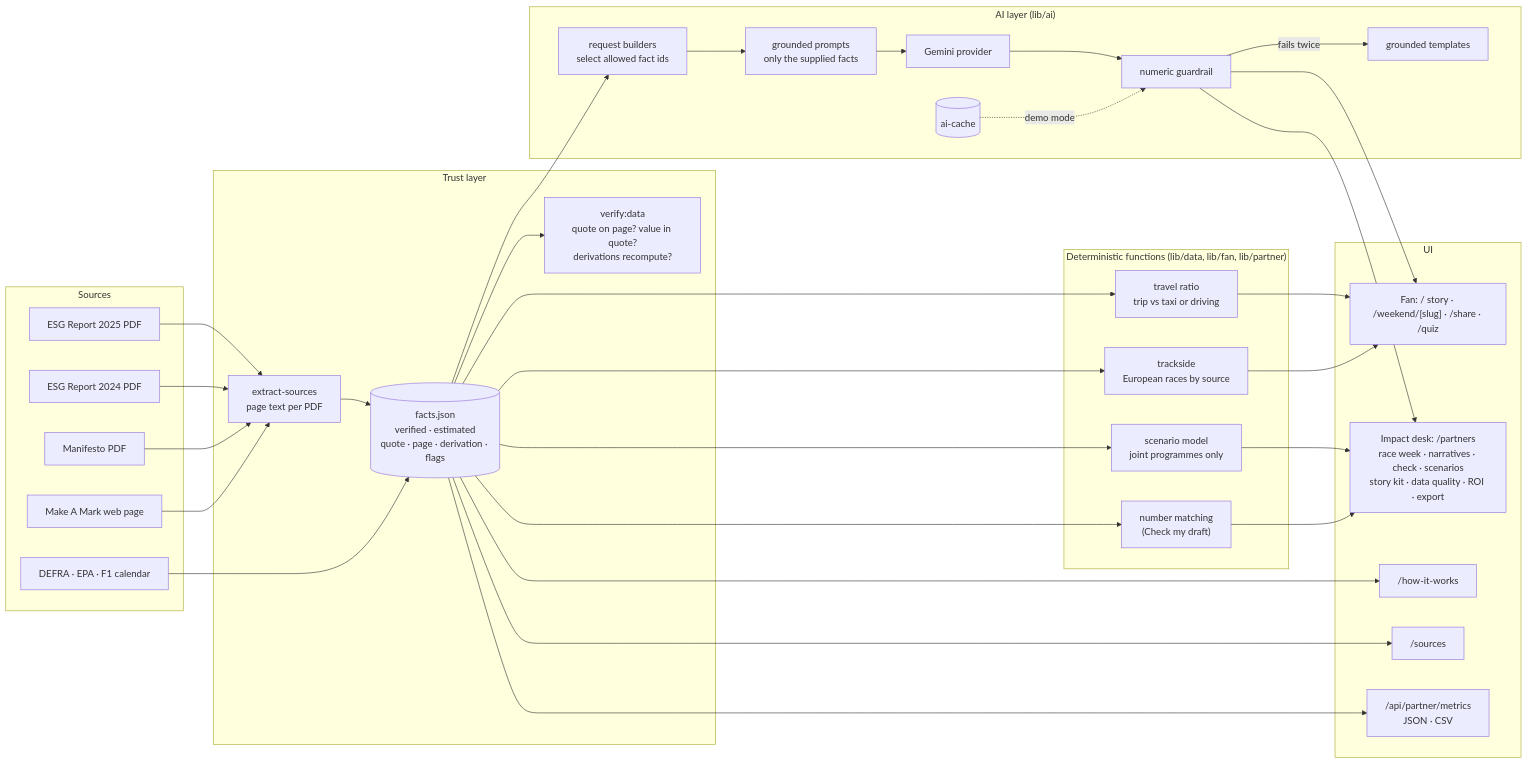
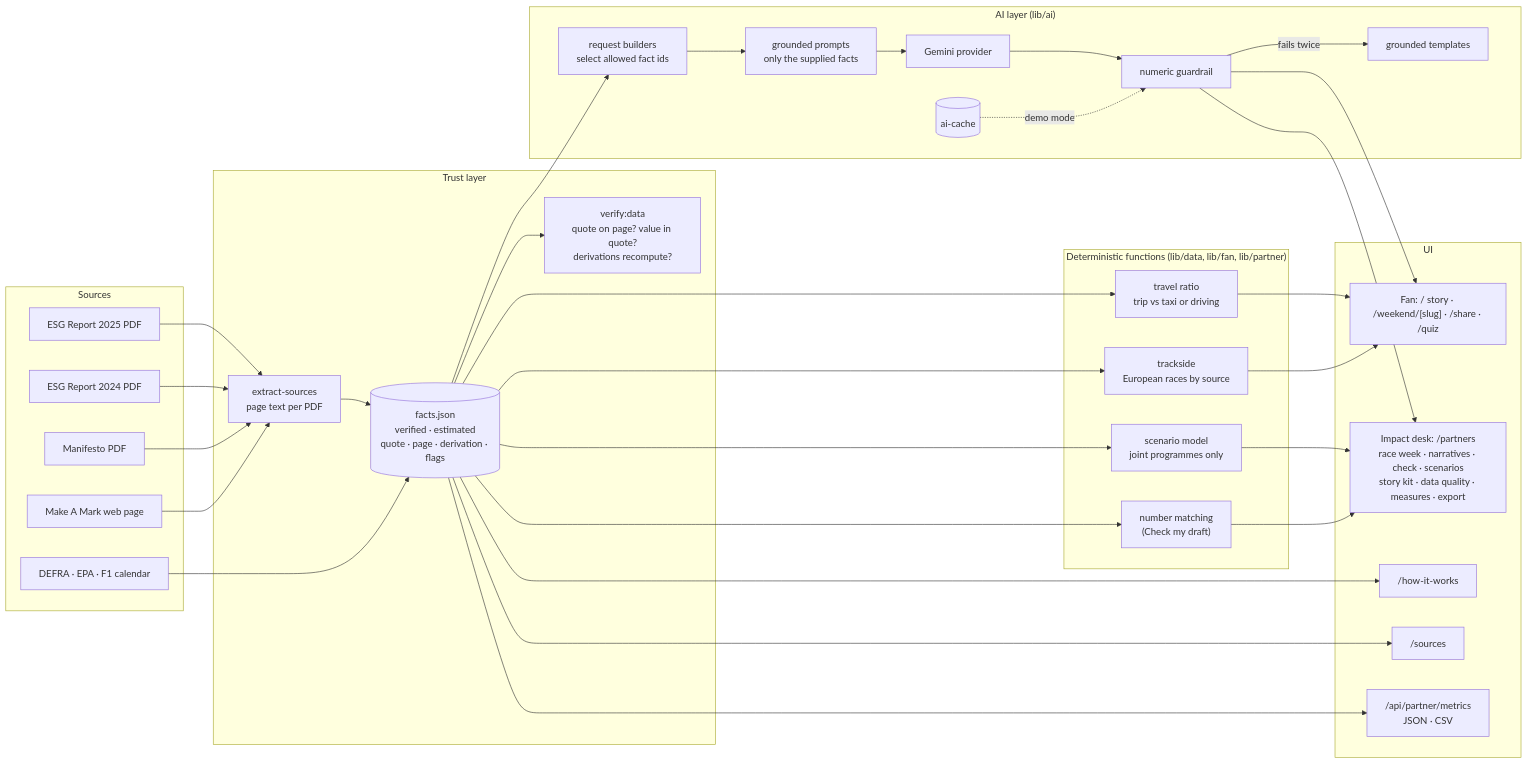
One commit to maahir-garg/cognizant-amf1 changed the first of 2 diagrams in docs/architecture.md. Above: the diagram before and after it, drawn with Mermaid. The commit also changed other lines of this file and 5 other files, not shown here.

First line of the commit message:
docs: replace the ROI doc with impact measures and the pilot

````diff
--- a/docs/architecture.md
+++ b/docs/architecture.md
@@ -17,51 +17,51 @@
 ```mermaid
 flowchart LR
   subgraph Sources
     R25[ESG Report 2025 PDF]
     R24[ESG Report 2024 PDF]
     MAN[Manifesto PDF]
     WEB[Make A Mark web page]
     EXT[DEFRA · EPA · F1 calendar]
   end
 
   subgraph Trust["Trust layer"]
     EXTRACT[extract-sources<br/>page text per PDF]
     FACTS[("facts.json<br/>verified · estimated<br/>quote · page · derivation · flags")]
     VERIFY["verify:data<br/>quote on page? value in quote?<br/>derivations recompute?"]
   end
 
   subgraph Engines["Deterministic functions (lib/data, lib/fan, lib/partner)"]
     EQ[travel ratio<br/>trip vs taxi or driving]
     TRK[trackside<br/>European races by source]
     SCN[scenario model<br/>joint programmes only]
     MATCH["number matching<br/>(Check my draft)"]
   end
 
   subgraph AI["AI layer (lib/ai)"]
     SEL[request builders<br/>select allowed fact ids]
     PROMPT[grounded prompts<br/>only the supplied facts]
     MODEL[Gemini provider]
     GUARD[numeric guardrail]
     TPL[grounded templates]
     CACHE[(ai-cache)]
   end
 
   subgraph UI
     FAN["Fan: / story · /weekend/[slug] · /share · /quiz"]
-    DESK["Impact desk: /partners<br/>race week · narratives · check · scenarios<br/>story kit · data quality · ROI · export"]
+    DESK["Impact desk: /partners<br/>race week · narratives · check · scenarios<br/>story kit · data quality · measures · export"]
     HOW["/how-it-works"]
     SRC["/sources"]
     API["/api/partner/metrics<br/>JSON · CSV"]
   end
 
   R25 & R24 & MAN & WEB --> EXTRACT --> FACTS
   EXT --> FACTS
   FACTS --> VERIFY
   FACTS --> EQ & TRK & SCN & MATCH
   FACTS --> SEL --> PROMPT --> MODEL --> GUARD
   GUARD -- fails twice --> TPL
   CACHE -. demo mode .-> GUARD
   EQ & TRK & GUARD --> FAN
   SCN & MATCH & GUARD --> DESK
   FACTS --> SRC & API & HOW
 ```
````
